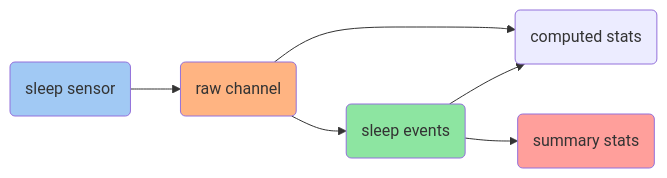
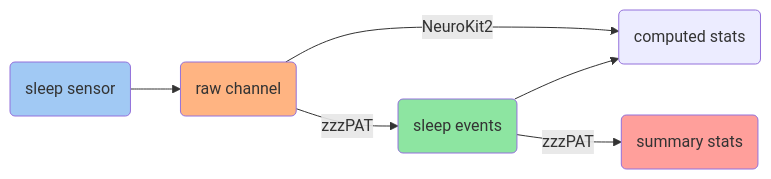
One commit to PhenoAI/pheno-docs changed the diagram in markdowns-expanded/009-sleep/009-sleep.md. Above: the diagram before and after it, drawn with Mermaid. The commit also changed other lines of this file, not shown here.

Commit message:
Updated 009-sleep neurokit2 citation, mermaid

````diff
--- a/markdowns-expanded/009-sleep/009-sleep.md
+++ b/markdowns-expanded/009-sleep/009-sleep.md
@@ -39,14 +41,14 @@
 ```mermaid
 flowchart LR;
 
 classDef sensor fill:#a1c9f4;
 classDef raw fill:#ffb482;
 classDef event fill:#8de5a1;
 classDef stat fill:#ff9f9b;
 
 Sensor(sleep sensor):::sensor --> Raw(raw channel):::raw
-Raw --> Events(sleep events):::event
-Raw --> Extracted(computed stats)
+Raw -->|zzzPAT| Events(sleep events):::event
+Raw -->|NeuroKit2| Extracted(computed stats)
 Events --> Extracted
-Events --> Summary(summary stats):::stat
+Events -->|zzzPAT| Summary(summary stats):::stat
 ```
````
